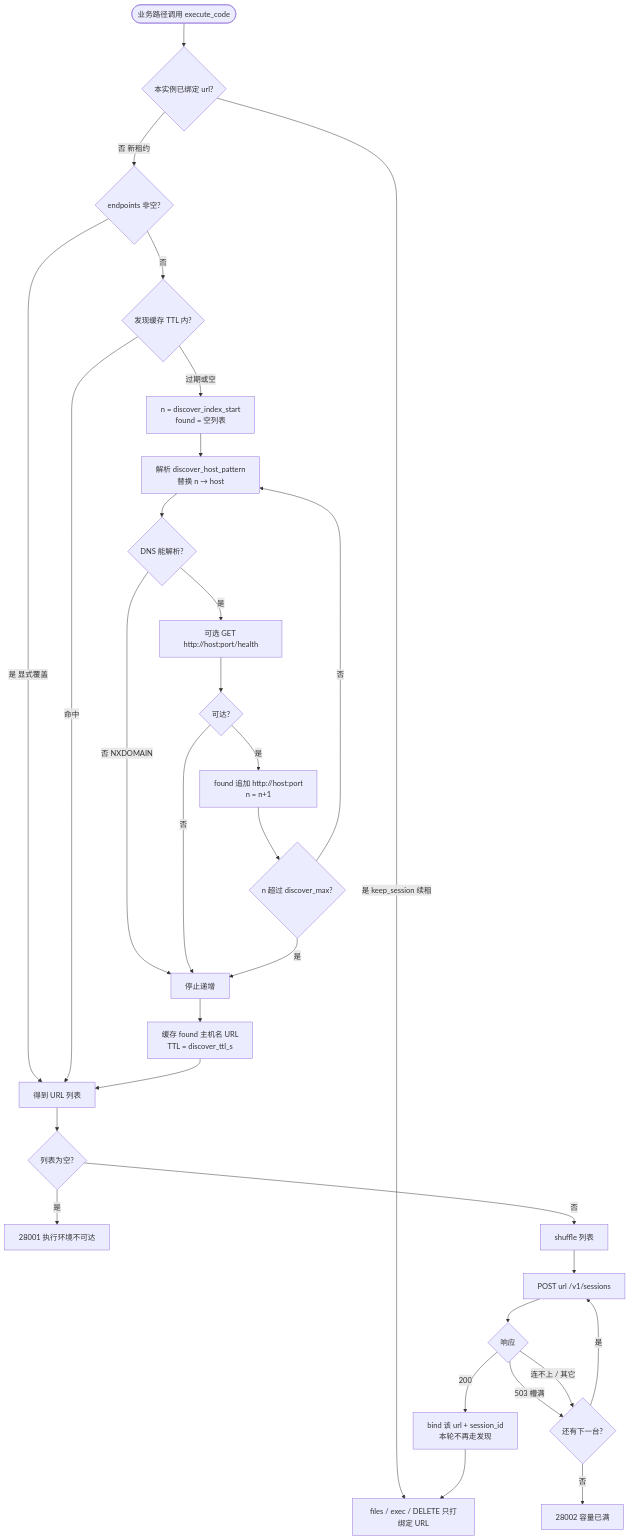
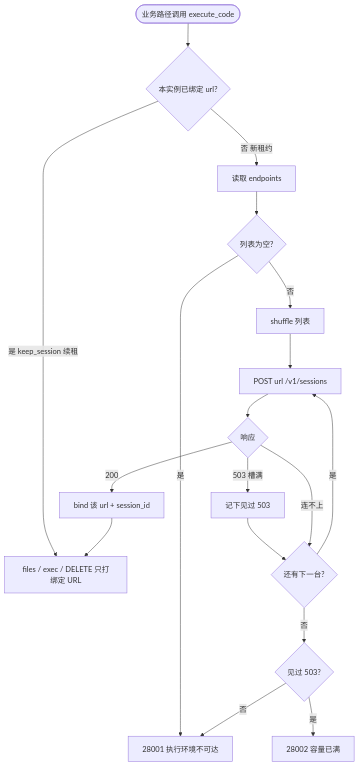
The seventh of 15 diagrams in features/v3.0.0-beta1/068-code-execution-sandbox/design.md (dataelement/bisheng), drawn with Mermaid before and after one commit. The commit also changed other lines of this file and 53 other files, not shown here.

````diff
--- a/features/v3.0.0-beta1/068-code-execution-sandbox/design.md
+++ b/features/v3.0.0-beta1/068-code-execution-sandbox/design.md
@@ -556,33 +565,19 @@
 ```mermaid
 flowchart TB
     Start([业务路径调用 execute_code]) --> Sticky{本实例已绑定 url?}
     Sticky -->|是 keep_session 续租| Bound[files / exec / DELETE 只打绑定 URL]
-    Sticky -->|否 新租约| Override{endpoints 非空?}
-    Override -->|是 显式覆盖| Urls[得到 URL 列表]
-    Override -->|否| Cache{发现缓存 TTL 内?}
-    Cache -->|命中| Urls
-    Cache -->|过期或空| Init["n = discover_index_start<br/>found = 空列表"]
-    Init --> Resolve["解析 discover_host_pattern<br/>替换 n → host"]
-    Resolve --> Dns{DNS 能解析?}
-    Dns -->|否 NXDOMAIN| Stop[停止递增]
-    Dns -->|是| Health["可选 GET http://host:port/health"]
-    Health --> Ok{可达?}
-    Ok -->|是| Add["found 追加 http://host:port<br/>n = n+1"]
-    Ok -->|否| Stop
-    Add --> Cap{n 超过 discover_max?}
-    Cap -->|否| Resolve
-    Cap -->|是| Stop
-    Stop --> Save["缓存 found 主机名 URL<br/>TTL = discover_ttl_s"]
-    Save --> Urls
+    Sticky -->|否 新租约| Urls[读取 endpoints]
     Urls --> Empty{列表为空?}
     Empty -->|是| Unreachable[28001 执行环境不可达]
     Empty -->|否| Shuffle[shuffle 列表]
     Shuffle --> Try["POST url /v1/sessions"]
     Try --> Resp{响应}
-    Resp -->|200| Bind["bind 该 url + session_id<br/>本轮不再走发现"]
-    Resp -->|503 槽满| Next{还有下一台?}
-    Resp -->|连不上 / 其它| Next
+    Resp -->|200| Bind["bind 该 url + session_id"]
+    Resp -->|503 槽满| Mark[记下见过 503] --> Next{还有下一台?}
+    Resp -->|连不上| Next
     Next -->|是| Try
-    Next -->|否| Full[28002 容量已满]
+    Next -->|否| Which{见过 503?}
+    Which -->|是| Full[28002 容量已满]
+    Which -->|否| Unreachable
     Bind --> Bound
 ```
````
